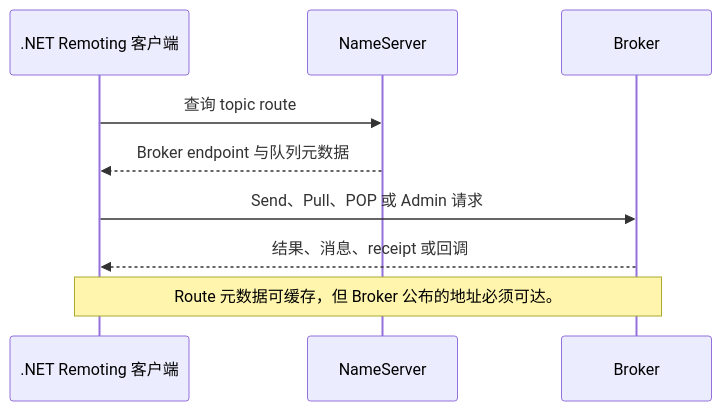
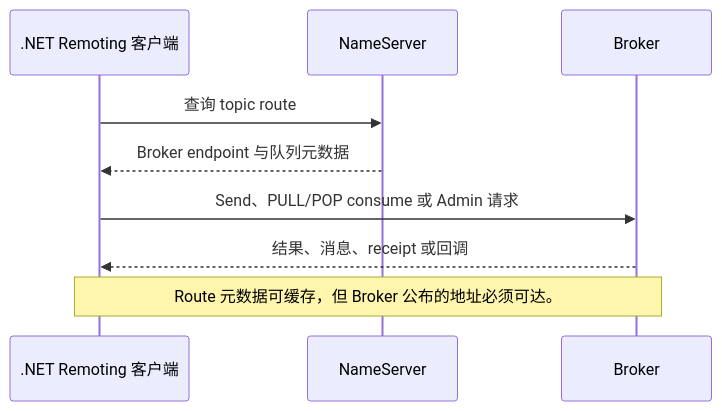
Before and after one commit to eventhorizon-cli/EventHorizon.RocketMQ: the second of 6 diagrams in docs/zh-CN/architecture/rocketmq-architecture.md, drawn with Mermaid. The commit also changed other lines of this file and 235 other files, not shown here.

````diff
--- a/docs/zh-CN/architecture/rocketmq-architecture.md
+++ b/docs/zh-CN/architecture/rocketmq-architecture.md
@@ -52,12 +52,12 @@
 ```mermaid
 sequenceDiagram
     participant App as .NET Remoting 客户端
     participant NS as NameServer
     participant Broker as Broker
 
     App->>NS: 查询 topic route
     NS-->>App: Broker endpoint 与队列元数据
-    App->>Broker: Send、Pull、POP 或 Admin 请求
+    App->>Broker: Send、PULL/POP consume 或 Admin 请求
     Broker-->>App: 结果、消息、receipt 或回调
     Note over App,Broker: Route 元数据可缓存，但 Broker 公布的地址必须可达。
 ```
````
